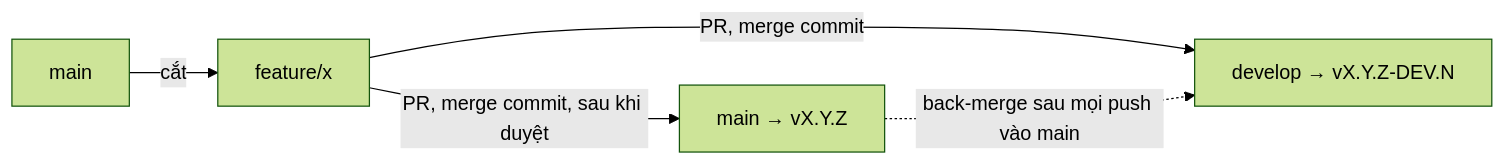
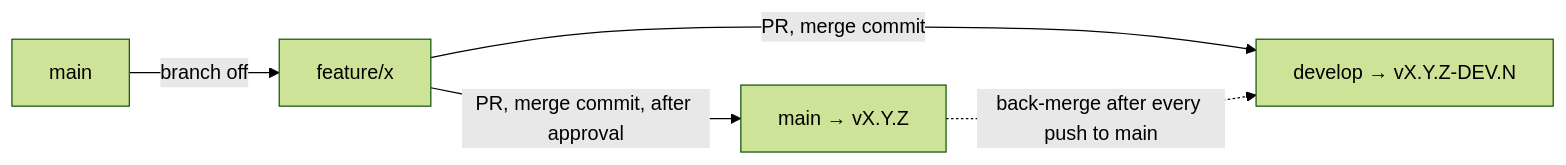
One commit to duydpdev/style-generator changed the diagram in documents/deploy.md. Above: the diagram before and after it, drawn with Mermaid (forest theme). The commit also changed other lines of this file and 20 other files, not shown here.

````diff
--- a/documents/deploy.md
+++ b/documents/deploy.md
@@ -37,7 +37,7 @@
 ```mermaid
 flowchart LR
-    M[main] -->|cắt| F["feature/x"]
+    M[main] -->|branch off| F["feature/x"]
     F -->|PR, merge commit| D["develop → vX.Y.Z-DEV.N"]
-    F -->|PR, merge commit, sau khi duyệt| M2["main → vX.Y.Z"]
-    M2 -.->|back-merge sau mọi push vào main| D
+    F -->|PR, merge commit, after approval| M2["main → vX.Y.Z"]
+    M2 -.->|back-merge after every push to main| D
 ```
````
